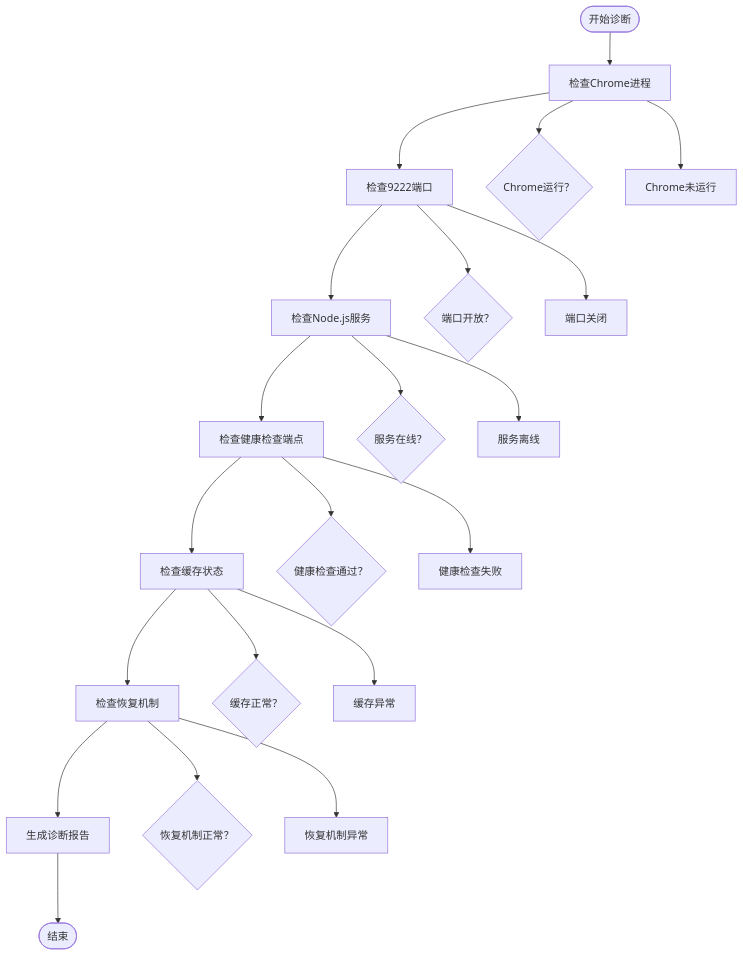
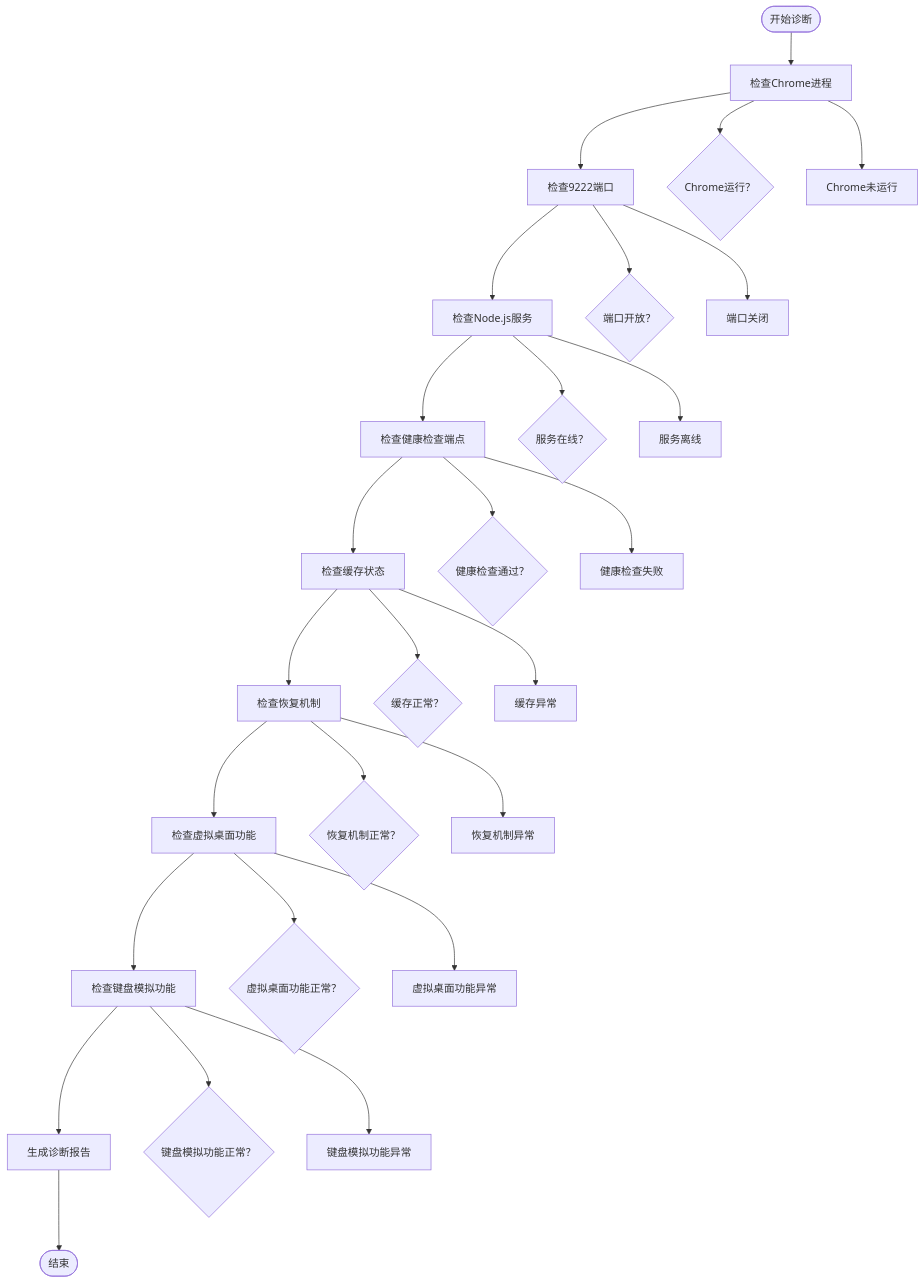
Before and after one commit to wangys-123doit/hotkey: diagram 13 of 13 in .qoder/repowiki/zh/content/外部工具集成/Node.js桥接工具.md, drawn with Mermaid. The commit also changed other lines of this file and 5 other files, not shown here.

````diff
--- a/.qoder/repowiki/zh/content/外部工具集成/Node.js桥接工具.md
+++ b/.qoder/repowiki/zh/content/外部工具集成/Node.js桥接工具.md
@@ -820,23 +1000,29 @@
 ```mermaid
 flowchart TD
 Start([开始诊断]) --> CheckChrome["检查Chrome进程"]
 CheckChrome --> CheckPort["检查9222端口"]
 CheckPort --> CheckBridge["检查Node.js服务"]
 CheckBridge --> CheckHealth["检查健康检查端点"]
 CheckHealth --> CheckCache["检查缓存状态"]
 CheckCache --> CheckRecovery["检查恢复机制"]
-CheckRecovery --> Report["生成诊断报告"]
+CheckRecovery --> CheckVirtualDesktop["检查虚拟桌面功能"]
+CheckVirtualDesktop --> CheckKeyboard["检查键盘模拟功能"]
+CheckKeyboard --> Report["生成诊断报告"]
 Report --> End([结束])
 CheckChrome --> ChromeOK{"Chrome运行？"}
 CheckChrome --> ChromeFail["Chrome未运行"]
 CheckPort --> PortOK{"端口开放？"}
 CheckPort --> PortFail["端口关闭"]
 CheckBridge --> BridgeOK{"服务在线？"}
 CheckBridge --> BridgeFail["服务离线"]
 CheckHealth --> HealthOK{"健康检查通过？"}
 CheckHealth --> HealthFail["健康检查失败"]
 CheckCache --> CacheOK{"缓存正常？"}
 CheckCache --> CacheFail["缓存异常"]
 CheckRecovery --> RecoveryOK{"恢复机制正常？"}
 CheckRecovery --> RecoveryFail["恢复机制异常"]
+CheckVirtualDesktop --> VDOK{"虚拟桌面功能正常？"}
+CheckVirtualDesktop --> VDFail["虚拟桌面功能异常"]
+CheckKeyboard --> KOK{"键盘模拟功能正常？"}
+CheckKeyboard --> KFail["键盘模拟功能异常"]
 ```
````
